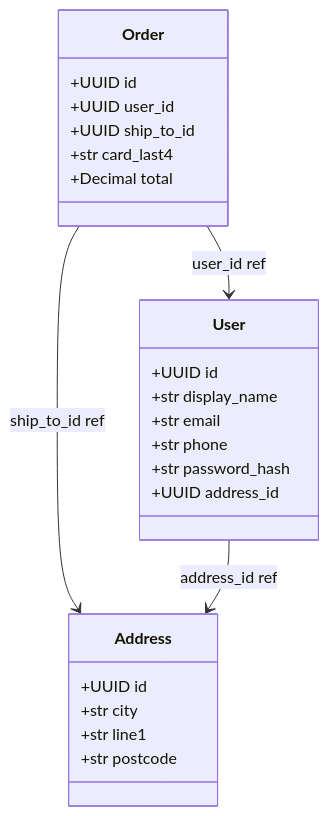
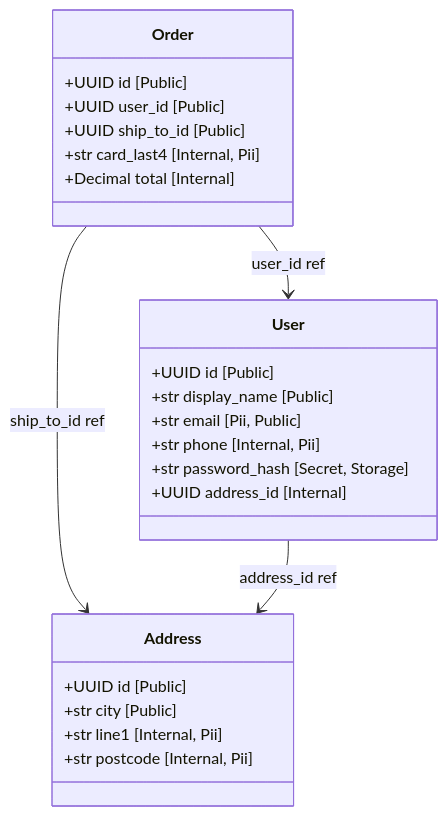
The fourth of 6 diagrams in examples/pii_dataflow/README.md (release-art/pydantic-prism), drawn with Mermaid before and after one commit. The commit also changed other lines of this file and 49 other files, not shown here.

````diff
--- a/examples/pii_dataflow/README.md
+++ b/examples/pii_dataflow/README.md
@@ -133,28 +133,28 @@
 ```mermaid
 classDiagram
     direction TB
     class Address {
-        +UUID id
-        +str city
-        +str line1
-        +str postcode
+        +UUID id [Public]
+        +str city [Public]
+        +str line1 [Internal, Pii]
+        +str postcode [Internal, Pii]
     }
     class Order {
-        +UUID id
-        +UUID user_id
-        +UUID ship_to_id
-        +str card_last4
-        +Decimal total
+        +UUID id [Public]
+        +UUID user_id [Public]
+        +UUID ship_to_id [Public]
+        +str card_last4 [Internal, Pii]
+        +Decimal total [Internal]
     }
     class User {
-        +UUID id
-        +str display_name
-        +str email
-        +str phone
-        +str password_hash
-        +UUID address_id
+        +UUID id [Public]
+        +str display_name [Public]
+        +str email [Pii, Public]
+        +str phone [Internal, Pii]
+        +str password_hash [Secret, Storage]
+        +UUID address_id [Internal]
     }
     Order --> User : user_id ref
     Order --> Address : ship_to_id ref
     User --> Address : address_id ref
 ```
````
